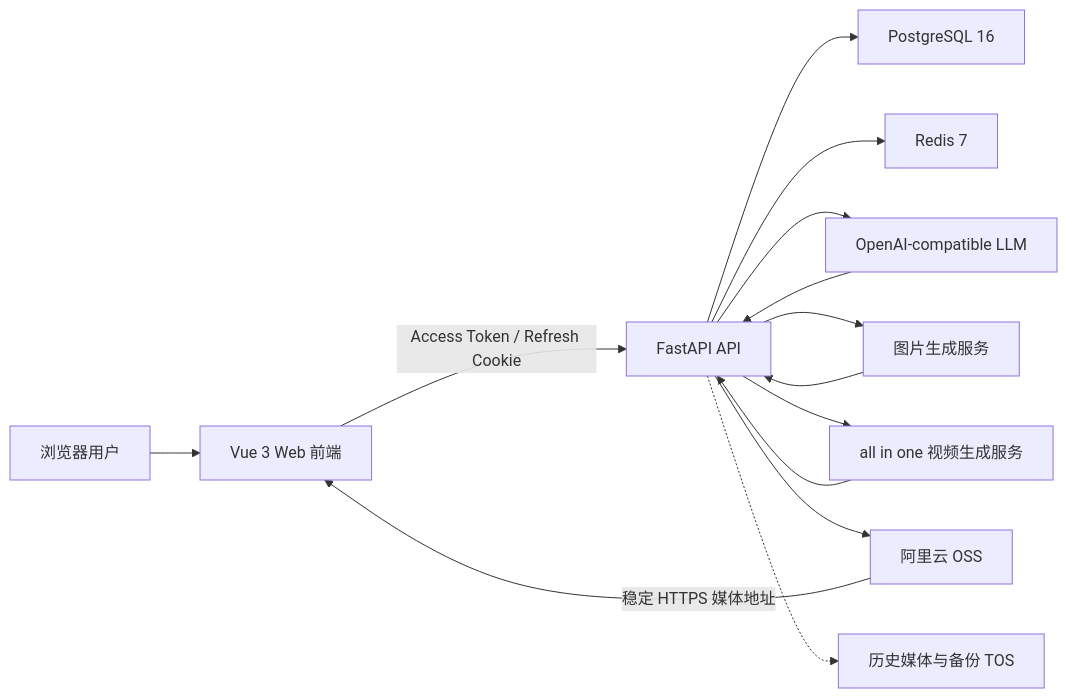
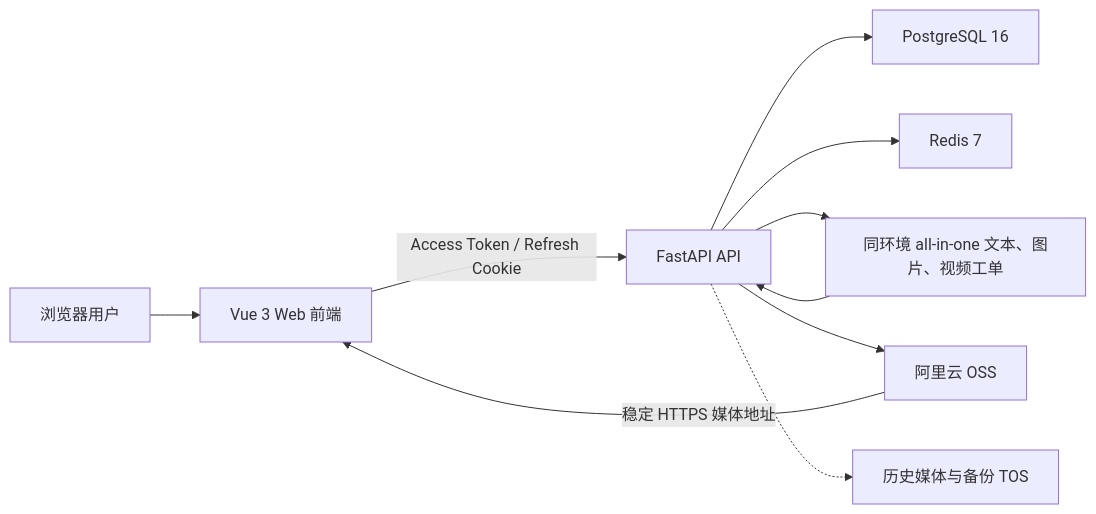
Before and after one commit to Zzzsj11/frontend: the diagram in README.md, drawn with Mermaid. The commit also changed other lines of this file and 39 other files, not shown here.

````diff
--- a/README.md
+++ b/README.md
@@ -49,16 +49,12 @@
 ```mermaid
 flowchart LR
     U["浏览器用户"] --> FE["Vue 3 Web 前端"]
     FE -->|"Access Token / Refresh Cookie"| API["FastAPI API"]
     API --> PG["PostgreSQL 16"]
     API --> REDIS["Redis 7"]
-    API --> LLM["OpenAI-compatible LLM"]
-    API --> IMG["图片生成服务"]
-    API --> VIDEO["all in one 视频生成服务"]
+    API --> AIO["同环境 all-in-one 文本、图片、视频工单"]
     API --> OSS["阿里云 OSS"]
     API -.-> TOS["历史媒体与备份 TOS"]
-    LLM --> API
-    IMG --> API
-    VIDEO --> API
+    AIO --> API
     OSS -->|"稳定 HTTPS 媒体地址"| FE
 ```
````
